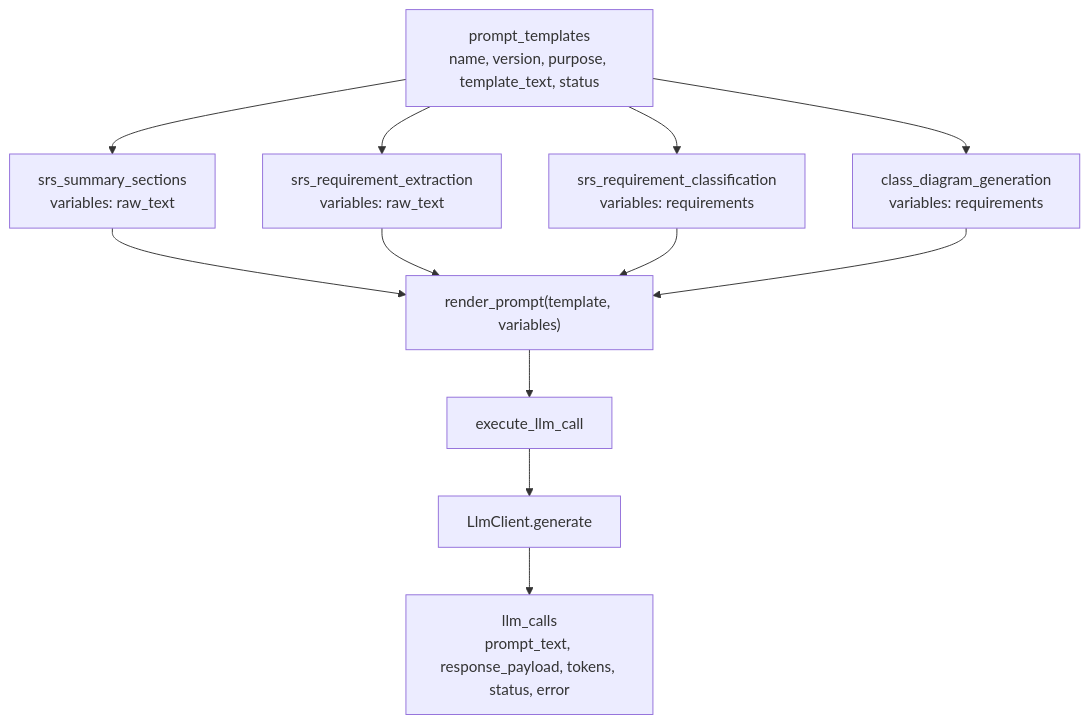
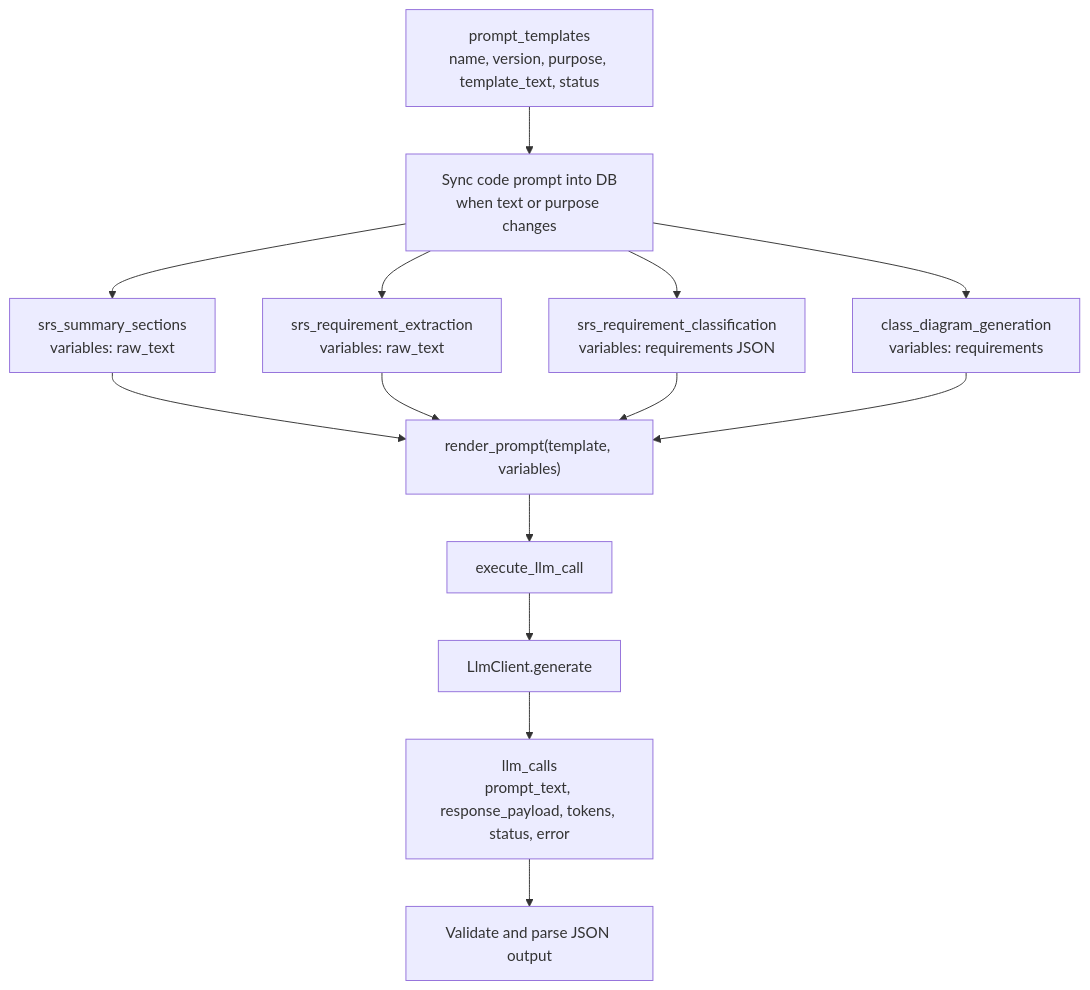
The third of 3 diagrams in .specsmd/ai-engineering-design/07-ai-pipeline-model-selection-prompt-design.md (sazidmahin/SPL-3), drawn with Mermaid before and after one commit. The commit also changed other lines of this file and 69 other files, not shown here.

````diff
--- a/.specsmd/ai-engineering-design/07-ai-pipeline-model-selection-prompt-design.md
+++ b/.specsmd/ai-engineering-design/07-ai-pipeline-model-selection-prompt-design.md
@@ -96,23 +112,27 @@
 ```mermaid
 flowchart TD
   PromptTemplates["prompt_templates<br/>name, version, purpose, template_text, status"]
+  Sync["Sync code prompt into DB<br/>when text or purpose changes"]
   Render["render_prompt(template, variables)"]
   Execute["execute_llm_call"]
   Client["LlmClient.generate"]
   Log["llm_calls<br/>prompt_text, response_payload, tokens, status, error"]
+  Parse["Validate and parse JSON output"]
 
   Summary["srs_summary_sections<br/>variables: raw_text"]
   Extract["srs_requirement_extraction<br/>variables: raw_text"]
-  Classify["srs_requirement_classification<br/>variables: requirements"]
+  Classify["srs_requirement_classification<br/>variables: requirements JSON"]
   ClassDiagram["class_diagram_generation<br/>variables: requirements"]
 
-  PromptTemplates --> Summary
-  PromptTemplates --> Extract
-  PromptTemplates --> Classify
-  PromptTemplates --> ClassDiagram
+  PromptTemplates --> Sync
+  Sync --> Summary
+  Sync --> Extract
+  Sync --> Classify
+  Sync --> ClassDiagram
   Summary --> Render
   Extract --> Render
   Classify --> Render
   ClassDiagram --> Render
   Render --> Execute --> Client --> Log
+  Log --> Parse
 ```
````
